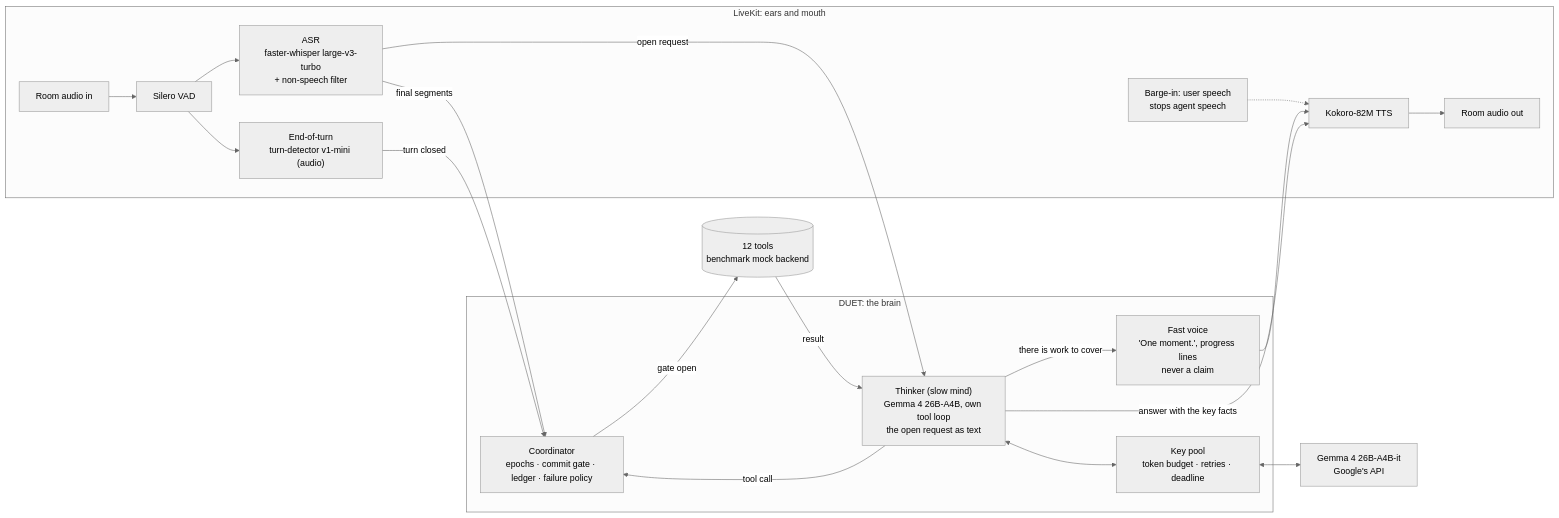
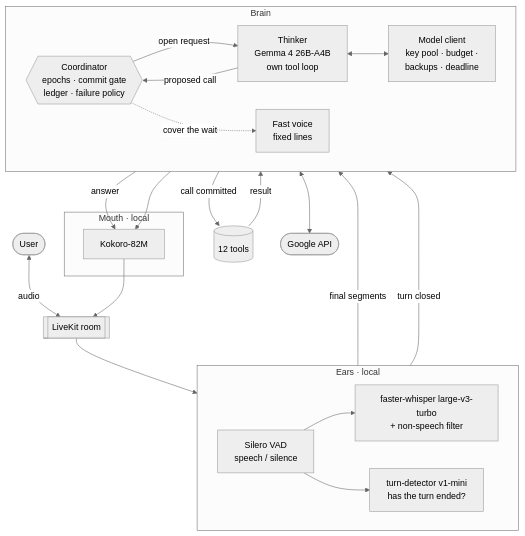
Before and after one commit to tannnmayy/DUET-SAMSUNGPRISM-HACKATHON-TEAM-SE7EN: the first of 8 diagrams in docs/ARCHITECTURE.md, drawn with Mermaid (neutral theme). The commit also changed other lines of this file and 51 other files, not shown here.

First line of the commit message:
Documentation rewritten around the final system: architecture with diagrams, engineering notes, the extension on Gemma 4

````diff
--- a/docs/ARCHITECTURE.md
+++ b/docs/ARCHITECTURE.md
@@ -9,27 +27,37 @@
 ```mermaid
-flowchart LR
-    subgraph LiveKit["LiveKit: ears and mouth"]
-        A[Room audio in] --> V[Silero VAD]
-        V --> S["ASR<br/>faster-whisper large-v3-turbo<br/>+ non-speech filter"]
-        V --> E["End-of-turn<br/>turn-detector v1-mini (audio)"]
-        TTS["Kokoro-82M TTS"] --> O[Room audio out]
-        BI[Barge-in: user speech<br/>stops agent speech] -.-> TTS
+flowchart TB
+    U(["User"]) <-->|"audio"| ROOM[["LiveKit room"]]
+    ROOM --> VAD
+
+    subgraph EARS["Ears · local"]
+        direction LR
+        VAD["Silero VAD<br/>speech / silence"] --> ASR["faster-whisper large-v3-turbo<br/>+ non-speech filter"]
+        VAD --> EOT["turn-detector v1-mini<br/>has the turn ended?"]
     end
-    subgraph DUET["DUET: the brain"]
-        C["Coordinator<br/>epochs · commit gate · ledger · failure policy"]
-        T["Fast voice<br/>'One moment.', progress lines<br/>never a claim"]
-        K["Thinker (slow mind)<br/>Gemma 4 26B-A4B, own tool loop<br/>the open request as text"]
-        P["Key pool<br/>token budget · retries · deadline"]
+
+    ASR -->|final segments| COORD
+    EOT -->|turn closed| COORD
+
+    subgraph BRAIN["Brain"]
+        direction LR
+        FAST["Fast voice<br/>fixed lines"]
+        COORD{{"Coordinator<br/>epochs · commit gate<br/>ledger · failure policy"}}
+        THINK["Thinker<br/>Gemma 4 26B-A4B<br/>own tool loop"]
+        POOL["Model client<br/>key pool · budget ·<br/>backups · deadline"]
+        COORD -->|open request| THINK
+        THINK -->|proposed call| COORD
+        THINK <--> POOL
+        COORD -.->|cover the wait| FAST
     end
-    S -->|final segments| C
-    E -->|turn closed| C
-    S -->|open request| K
-    K -->|tool call| C
-    C -->|gate open| B[(12 tools<br/>benchmark mock backend)]
-    B -->|result| K
-    K -->|"there is work to cover"| T
-    T --> TTS
-    K -->|answer with the key facts| TTS
-    K <--> P
-    P <--> G["Gemma 4 26B-A4B-it<br/>Google's API"]
+
+    COORD -->|call committed| TOOLS[("12 tools")]
+    TOOLS -->|result| THINK
+    POOL <--> API(["Google API"])
+    THINK -->|answer| TTS
+    FAST --> TTS
+
+    subgraph MOUTH["Mouth · local"]
+        TTS["Kokoro-82M"]
+    end
+    TTS --> ROOM
 ```
````
